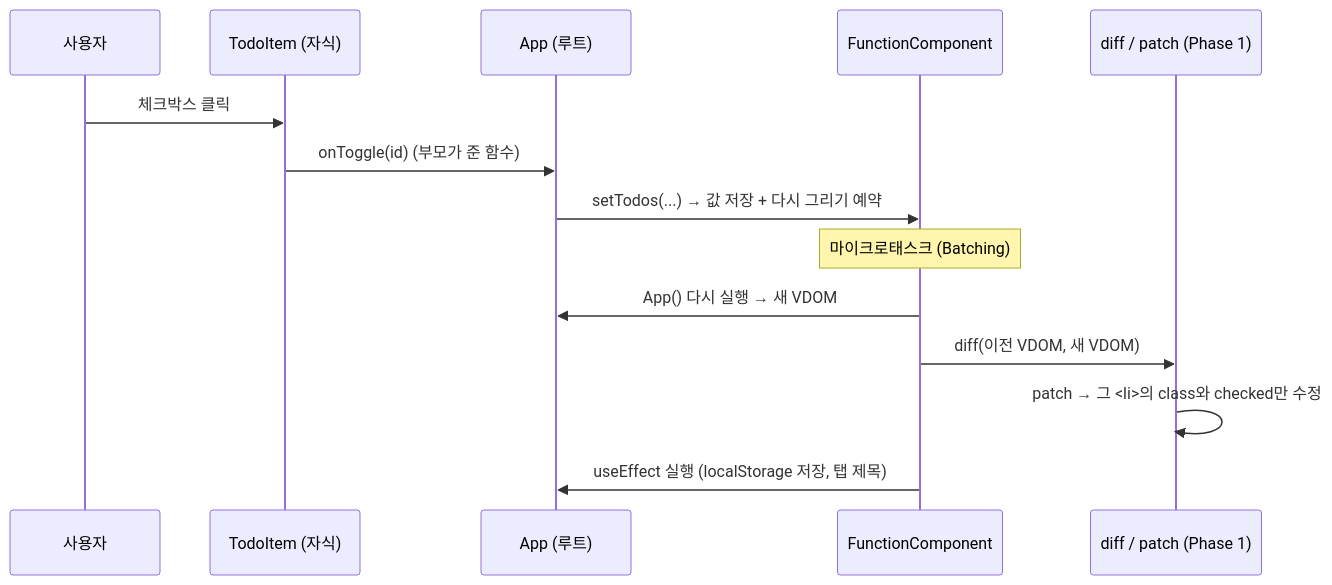
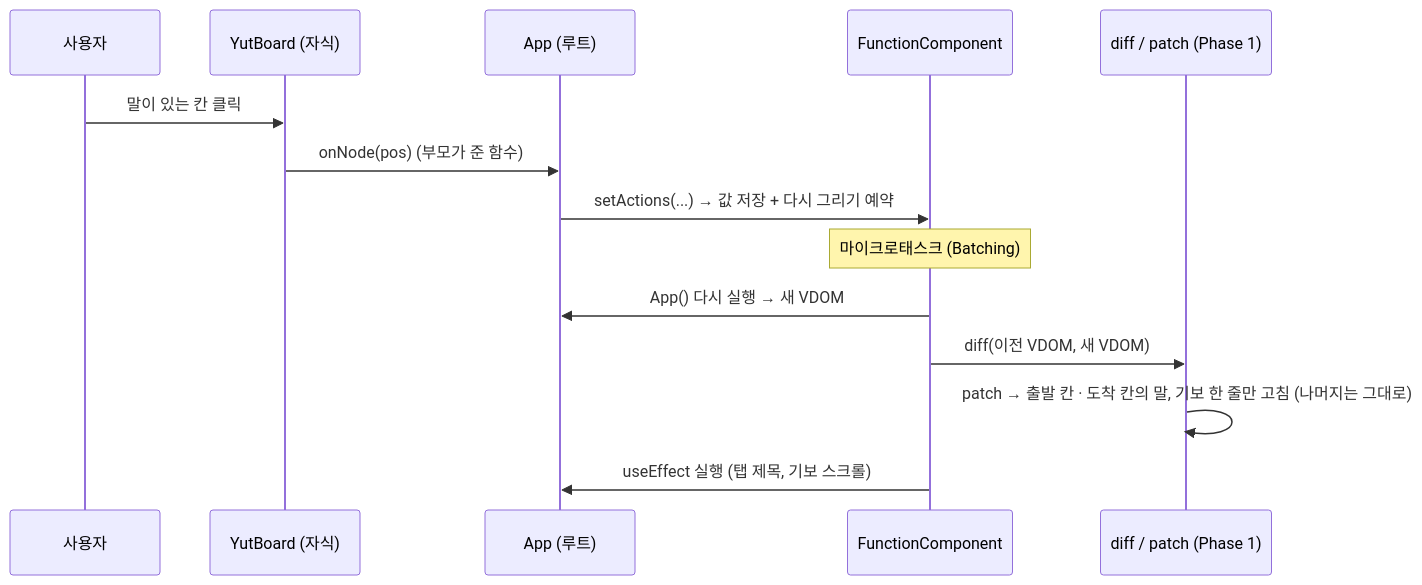
Before and after one commit to kimgeonhui1/SW-AI-W11-12-FRAME-WORK: the fourth of 4 diagrams in projects/react/docs/DETAILS.md, drawn with Mermaid. The commit also changed other lines of this file and 22 other files, not shown here.

````diff
--- a/projects/react/docs/DETAILS.md
+++ b/projects/react/docs/DETAILS.md
@@ -309,17 +313,17 @@
 ```mermaid
 sequenceDiagram
   participant U as 사용자
-  participant I as TodoItem (자식)
+  participant I as YutBoard (자식)
   participant A as App (루트)
   participant F as FunctionComponent
   participant D as diff / patch (Phase 1)
 
-  U->>I: 체크박스 클릭
-  I->>A: onToggle(id) (부모가 준 함수)
-  A->>F: setTodos(...) → 값 저장 + 다시 그리기 예약
+  U->>I: 말이 있는 칸 클릭
+  I->>A: onNode(pos) (부모가 준 함수)
+  A->>F: setActions(...) → 값 저장 + 다시 그리기 예약
   Note over F: 마이크로태스크 (Batching)
   F->>A: App() 다시 실행 → 새 VDOM
   F->>D: diff(이전 VDOM, 새 VDOM)
-  D->>D: patch → 그 <li>의 class와 checked만 수정
-  F->>A: useEffect 실행 (localStorage 저장, 탭 제목)
+  D->>D: patch → 출발 칸 · 도착 칸의 말, 기보 한 줄만 고침 (나머지는 그대로)
+  F->>A: useEffect 실행 (탭 제목, 기보 스크롤)
 ```
````
